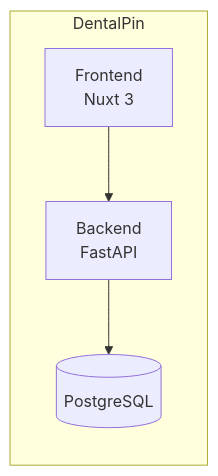
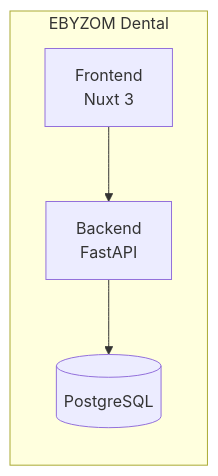
One commit to Tony4772/ebyzomdental changed the diagram in docs/diagrams/README.md. Above: the diagram before and after it, drawn with Mermaid. The commit also changed other lines of this file and 202 other files, not shown here.

````diff
--- a/docs/diagrams/README.md
+++ b/docs/diagrams/README.md
@@ -19,7 +19,7 @@
 ```mermaid
 graph LR
-    subgraph "DentalPin"
+    subgraph "EBYZOM Dental"
         FE[Frontend<br/>Nuxt 3] --> API[Backend<br/>FastAPI]
         API --> DB[(PostgreSQL)]
     end
 ```
````
